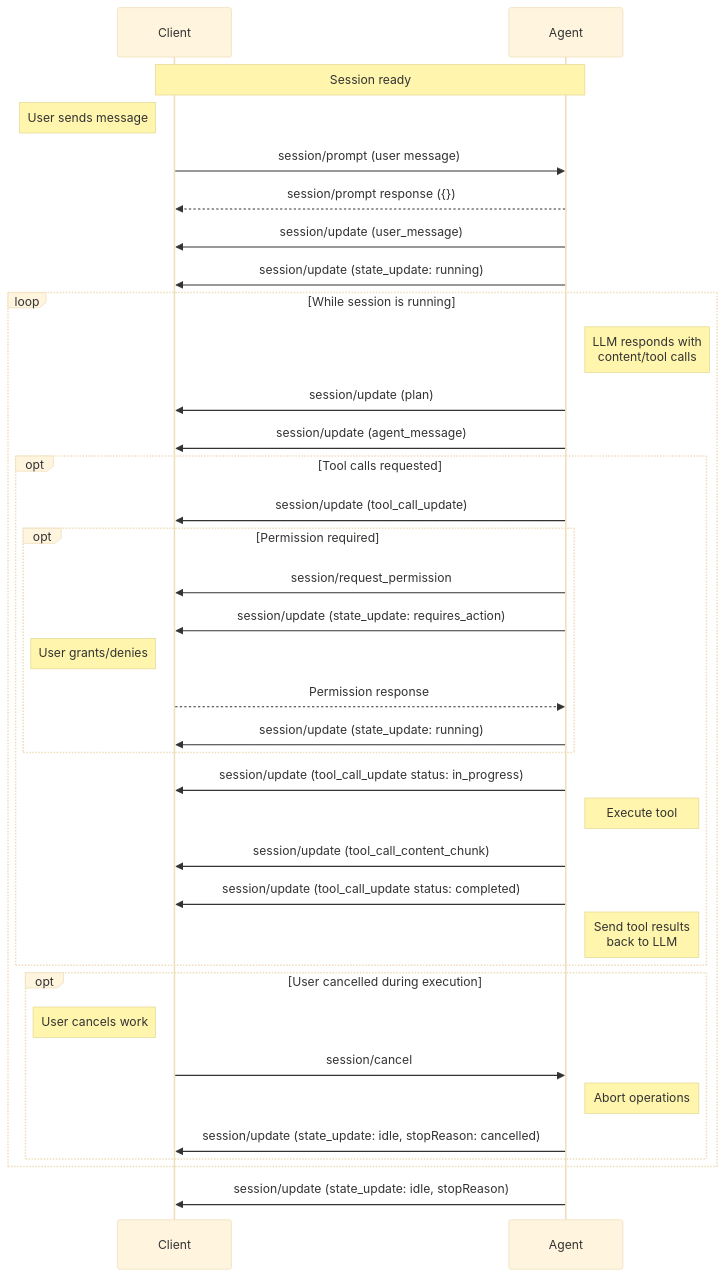
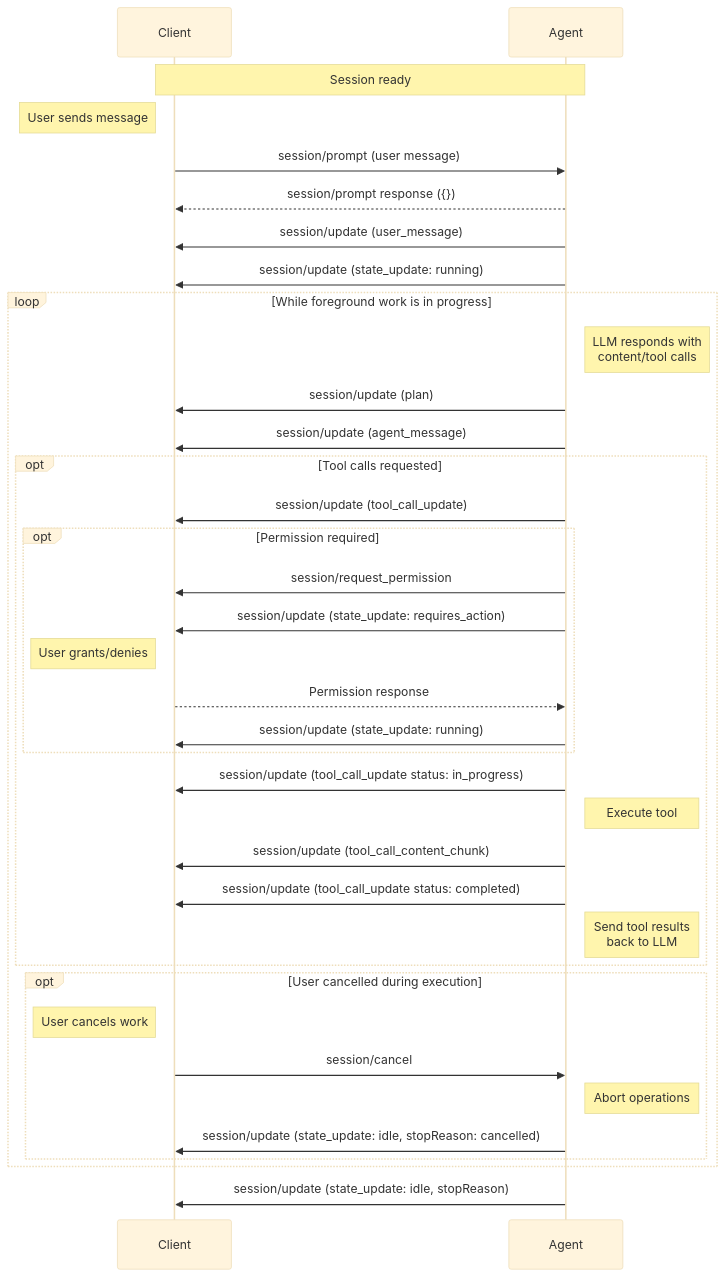
Before and after one commit to dayanruben/agent-client-protocol: the diagram in docs/protocol/v2/draft/prompt-lifecycle.mdx, drawn with Mermaid (base theme). The commit also changed other lines of this file and 16 other files, not shown here.

````diff
--- a/docs/protocol/v2/draft/prompt-lifecycle.mdx
+++ b/docs/protocol/v2/draft/prompt-lifecycle.mdx
@@ -18,45 +18,45 @@
 ```mermaid
 sequenceDiagram
     participant Client
     participant Agent
 
     Note over Agent,Client: Session ready
 
     Note left of Client: User sends message
     Client->>Agent: session/prompt (user message)
     Agent-->>Client: session/prompt response ({})
     Agent->>Client: session/update (user_message)
     Agent->>Client: session/update (state_update: running)
 
-    loop While session is running
+    loop While foreground work is in progress
         Note right of Agent: LLM responds with<br/>content/tool calls
         Agent->>Client: session/update (plan)
         Agent->>Client: session/update (agent_message)
 
         opt Tool calls requested
             Agent->>Client: session/update (tool_call_update)
             opt Permission required
                 Agent->>Client: session/request_permission
                 Agent->>Client: session/update (state_update: requires_action)
                 Note left of Client: User grants/denies
                 Client-->>Agent: Permission response
                 Agent->>Client: session/update (state_update: running)
             end
             Agent->>Client: session/update (tool_call_update status: in_progress)
             Note right of Agent: Execute tool
             Agent->>Client: session/update (tool_call_content_chunk)
             Agent->>Client: session/update (tool_call_update status: completed)
             Note right of Agent: Send tool results<br/>back to LLM
         end
 
       opt User cancelled during execution
           Note left of Client: User cancels work
           Client->>Agent: session/cancel
           Note right of Agent: Abort operations
           Agent->>Client: session/update (state_update: idle, stopReason: cancelled)
       end
     end
 
     Agent->>Client: session/update (state_update: idle, stopReason)
 
 ```
````
